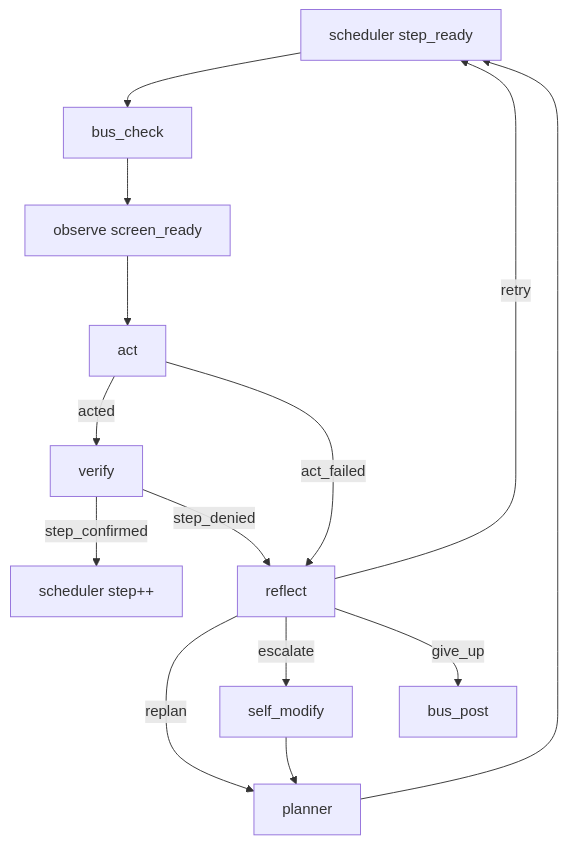
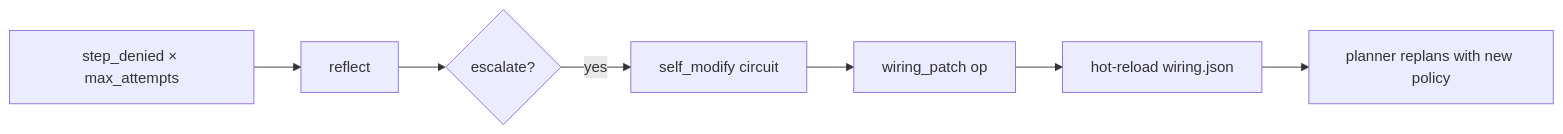
The sixth of 8 diagrams in README.md (wgabrys88/endgame-ai), drawn with Mermaid before and after one commit. The commit also changed other lines of this file, not shown here.

Commit message:
docs: rewrite README from scratch — uniform self-evolving operator, GUI-as-API thesis

````diff
--- a/README.md
+++ b/README.md
@@ -384,16 +349,9 @@
 ```mermaid
-flowchart TD
-    S[scheduler step_ready] --> B[bus_check]
-    B --> O[observe screen_ready]
-    O --> A[act]
-    A -->|acted| V[verify]
-    A -->|act_failed| R[reflect]
-    V -->|step_confirmed| S2[scheduler step++]
-    V -->|step_denied| R
-    R -->|retry| S
-    R -->|replan| P[planner]
-    R -->|escalate| SM[self_modify]
-    R -->|give_up| BP[bus_post]
-    SM --> P
-    P --> S
+flowchart LR
+    FAIL[step_denied × max_attempts] --> REF[reflect]
+    REF --> ESC{escalate?}
+    ESC -->|yes| SM[self_modify circuit]
+    SM --> PATCH[wiring_patch op]
+    PATCH --> RELOAD[hot-reload wiring.json]
+    RELOAD --> PLAN[planner replans with new policy]
 ```
````
